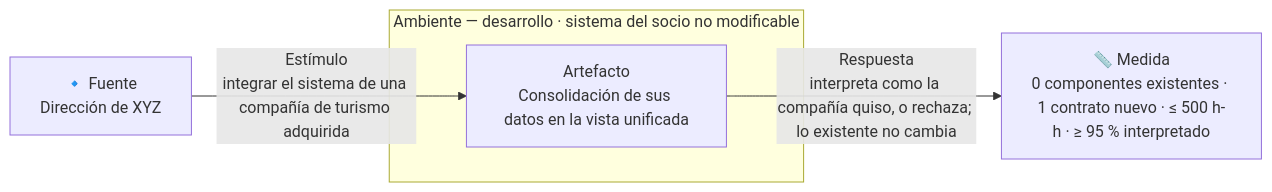
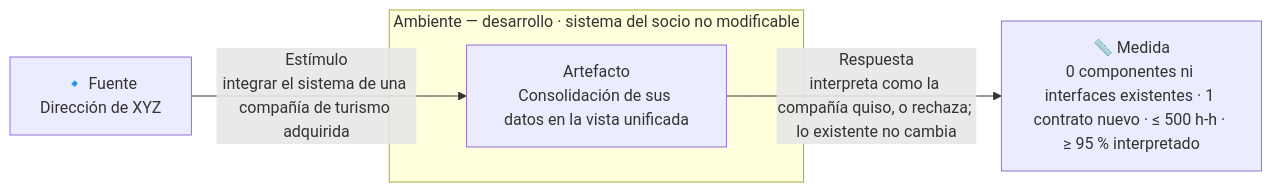
One commit to MATI-MBIT/arqsoft-reto-3 changed the first of 4 diagrams in docs/quality-attributes.md. Above: the diagram before and after it, drawn with Mermaid. The commit also changed other lines of this file, not shown here.

````diff
--- a/docs/quality-attributes.md
+++ b/docs/quality-attributes.md
@@ -69,9 +69,9 @@
 ```mermaid
 flowchart LR
     F["🔹 Fuente<br/>Dirección de XYZ"]
     F -- "Estímulo<br/>integrar el sistema de una compañía de turismo adquirida" --> A
     subgraph AMB["Ambiente — desarrollo · sistema del socio no modificable"]
         A["Artefacto<br/>Consolidación de sus datos en la vista unificada"]
     end
-    A -- "Respuesta<br/>interpreta como la compañía quiso, o rechaza; lo existente no cambia" --> M["📏 Medida<br/>0 componentes existentes · 1 contrato nuevo · ≤ 500 h-h · ≥ 95 % interpretado"]
+    A -- "Respuesta<br/>interpreta como la compañía quiso, o rechaza; lo existente no cambia" --> M["📏 Medida<br/>0 componentes ni interfaces existentes · 1 contrato nuevo · ≤ 500 h-h · ≥ 95 % interpretado"]
 ```
````
